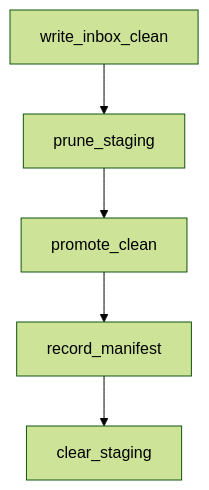
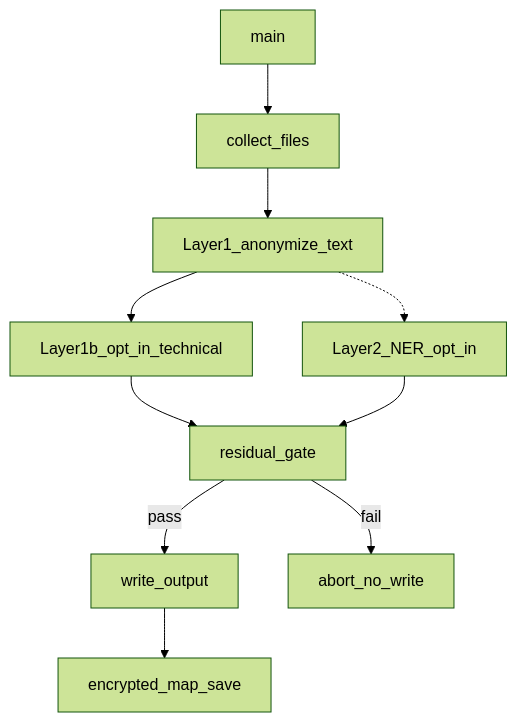
One commit to alkitect/pii-intake-pseudonymizer-sn changed the diagram in docs/architecture/c3-cli-components.md. Above: the diagram before and after it, drawn with Mermaid (forest theme). The commit also changed other lines of this file and 13 other files, not shown here.

First line of the commit message:
docs(docs): document Layer 1b technical scrub for SN layout

````diff
--- a/docs/architecture/c3-cli-components.md
+++ b/docs/architecture/c3-cli-components.md
@@ -21,9 +61,20 @@
 ```mermaid
 flowchart TB
-  write[write_inbox_clean]
-  prune[prune_staging]
-  promo[promote_clean]
-  rec[record_manifest]
-  clear[clear_staging]
-  write --> prune --> promo --> rec --> clear
+  main[main]
+  collect[collect_files]
+  tok[Layer1_anonymize_text]
+  tech[Layer1b_opt_in_technical]
+  ner[Layer2_NER_opt_in]
+  residual[residual_gate]
+  write[write_output]
+  mapSave[encrypted_map_save]
+  abort[abort_no_write]
+  main --> collect --> tok
+  tok --> tech
+  tok -.-> ner
+  tech --> residual
+  ner --> residual
+  residual -->|pass| write
+  residual -->|fail| abort
+  write --> mapSave
 ```
````
